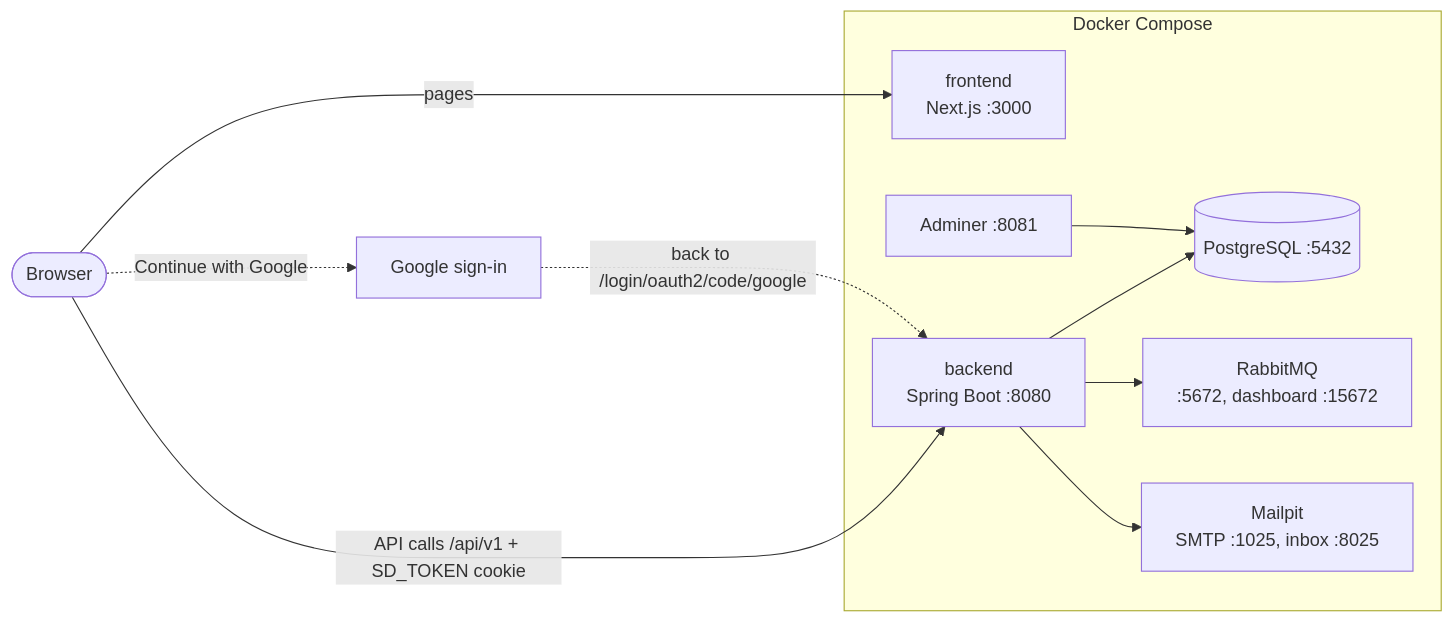
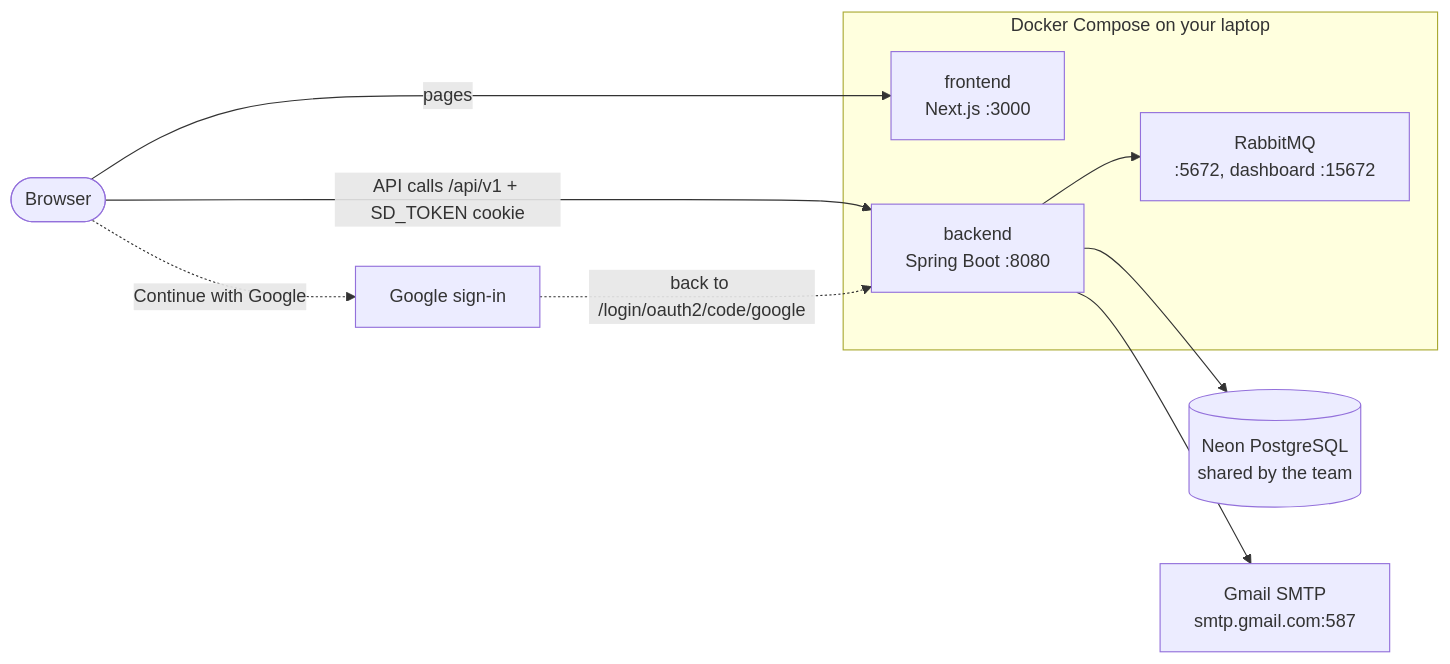
Before and after one commit to SwiftDrop-Project/swiftdrop-deploy: the diagram in README.md, drawn with Mermaid. The commit also changed other lines of this file and 3 other files, not shown here.

Commit message:
chore(deploy): use Neon and Gmail by default, local database as an option

````diff
--- a/README.md
+++ b/README.md
@@ -55,23 +56,21 @@
 ```mermaid
 flowchart LR
     browser([Browser])
     google[Google sign-in]
+    neon[("Neon PostgreSQL<br/>shared by the team")]
+    gmail["Gmail SMTP<br/>smtp.gmail.com:587"]
 
-    subgraph compose [Docker Compose]
+    subgraph compose [Docker Compose on your laptop]
         frontend["frontend<br/>Next.js :3000"]
         backend["backend<br/>Spring Boot :8080"]
-        postgres[("PostgreSQL :5432")]
         rabbitmq["RabbitMQ<br/>:5672, dashboard :15672"]
-        mailpit["Mailpit<br/>SMTP :1025, inbox :8025"]
-        adminer["Adminer :8081"]
     end
 
     browser -->|pages| frontend
     browser -->|"API calls /api/v1 + SD_TOKEN cookie"| backend
     browser -.->|"Continue with Google"| google
     google -.->|"back to /login/oauth2/code/google"| backend
-    backend --> postgres
+    backend --> neon
     backend --> rabbitmq
-    backend --> mailpit
-    adminer --> postgres
+    backend --> gmail
 ```
````
